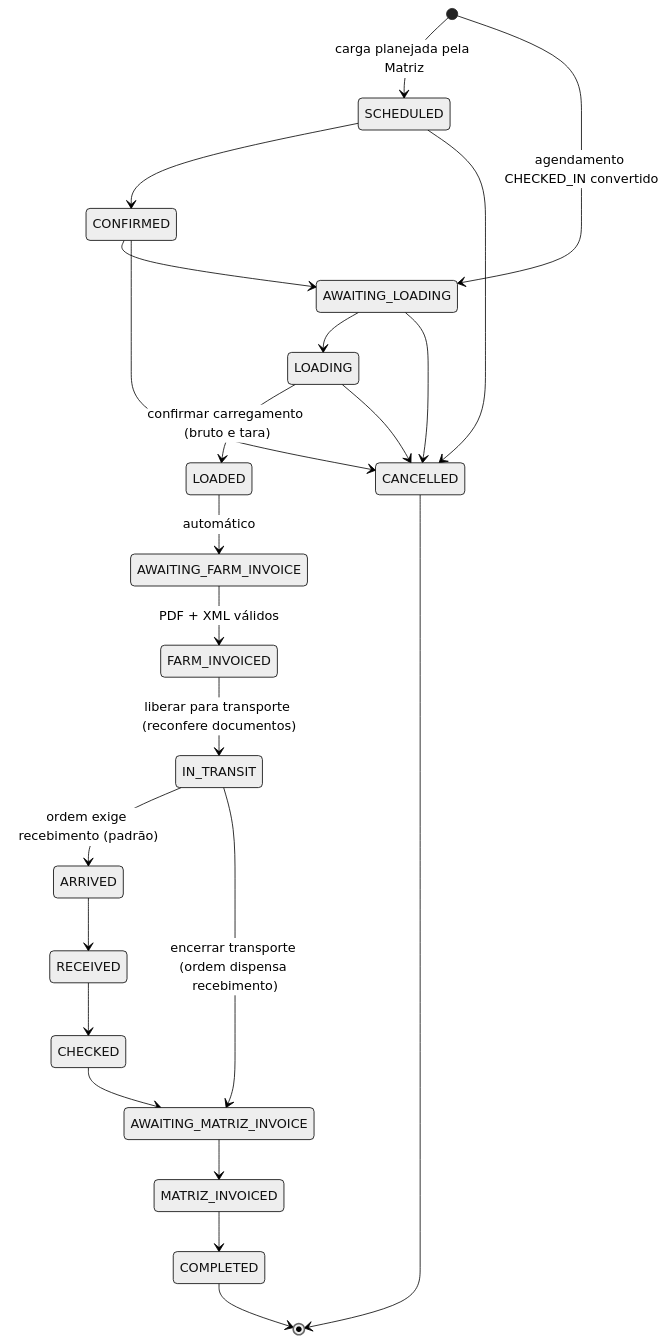
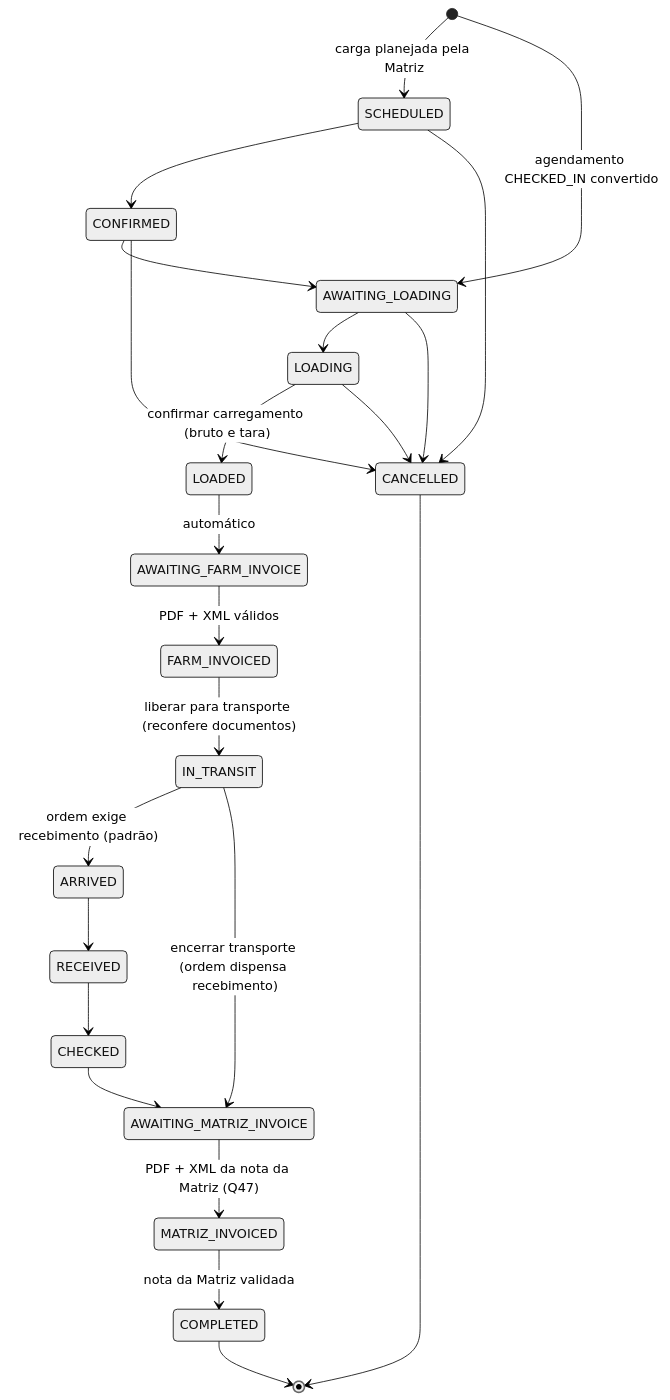
Before and after one commit to antoniocavali/Ordens_2.0: the second of 3 diagrams in docs/state-machines.md, drawn with Mermaid (neutral theme). The commit also changed other lines of this file and 9 other files, not shown here.

First line of the commit message:
feat(cargas): faturamento da Matriz exige PDF e XML da nota ao Comprador

````diff
--- a/docs/state-machines.md
+++ b/docs/state-machines.md
@@ -58,25 +58,25 @@
 ```mermaid
 stateDiagram-v2
   [*] --> SCHEDULED: carga planejada pela Matriz
   [*] --> AWAITING_LOADING: agendamento CHECKED_IN convertido
   SCHEDULED --> CONFIRMED
   CONFIRMED --> AWAITING_LOADING
   AWAITING_LOADING --> LOADING
   LOADING --> LOADED: confirmar carregamento (bruto e tara)
   LOADED --> AWAITING_FARM_INVOICE: automático
   AWAITING_FARM_INVOICE --> FARM_INVOICED: PDF + XML válidos
   FARM_INVOICED --> IN_TRANSIT: liberar para transporte (reconfere documentos)
   IN_TRANSIT --> ARRIVED: ordem exige recebimento (padrão)
   IN_TRANSIT --> AWAITING_MATRIZ_INVOICE: encerrar transporte (ordem dispensa recebimento)
   ARRIVED --> RECEIVED
   RECEIVED --> CHECKED
   CHECKED --> AWAITING_MATRIZ_INVOICE
-  AWAITING_MATRIZ_INVOICE --> MATRIZ_INVOICED
-  MATRIZ_INVOICED --> COMPLETED
+  AWAITING_MATRIZ_INVOICE --> MATRIZ_INVOICED: PDF + XML da nota da Matriz (Q47)
+  MATRIZ_INVOICED --> COMPLETED: nota da Matriz validada
   SCHEDULED --> CANCELLED
   CONFIRMED --> CANCELLED
   AWAITING_LOADING --> CANCELLED
   LOADING --> CANCELLED
   COMPLETED --> [*]
   CANCELLED --> [*]
 ```
````
